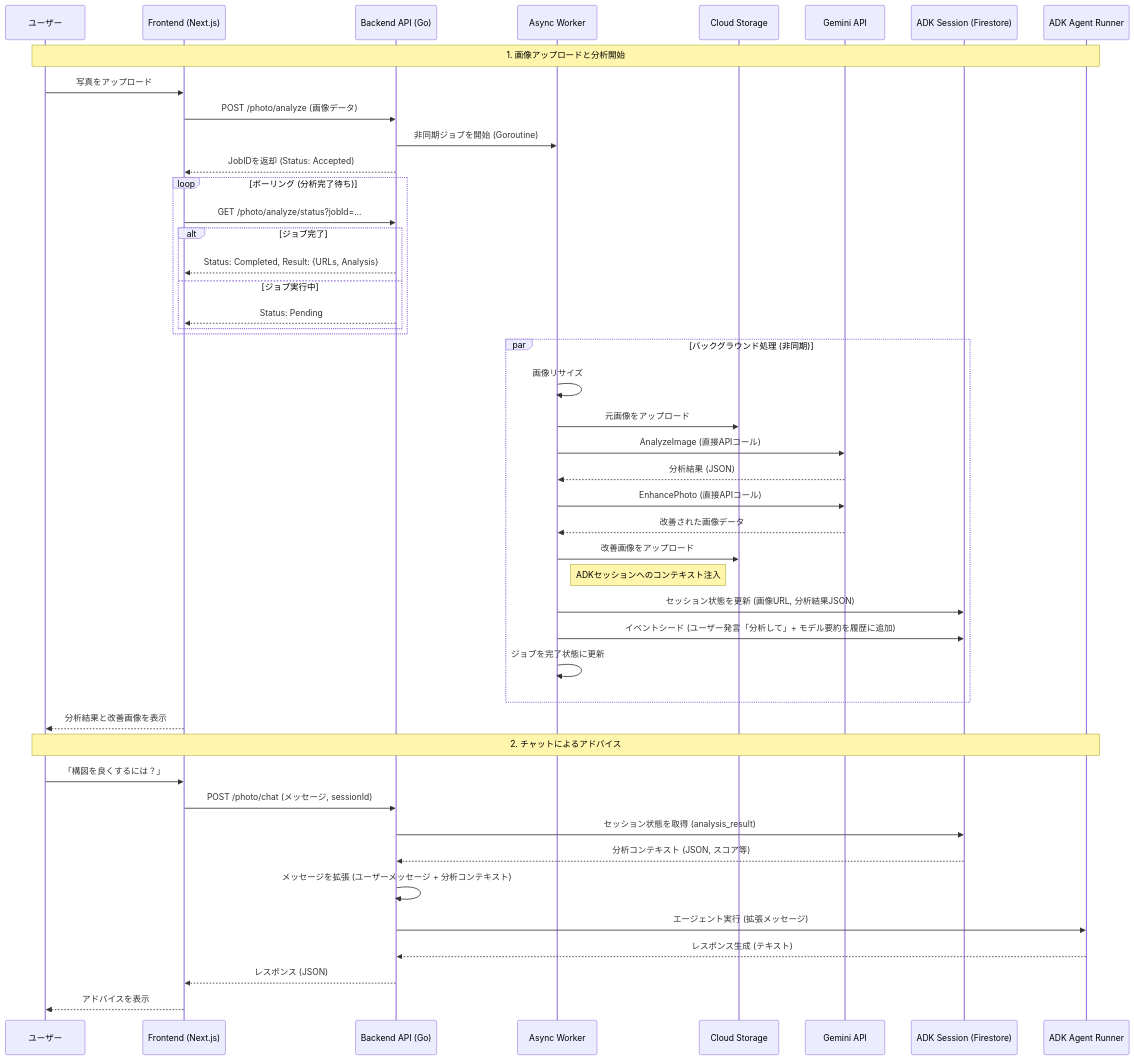
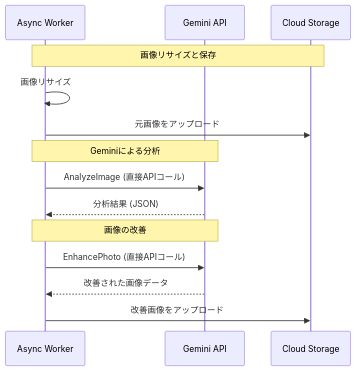
One commit to matsuvr/photo_levelup_agent changed the second of 7 diagrams in docs/processing_flow.md. Above: the diagram before and after it, drawn with Mermaid. The commit also changed other lines of this file and 4 other files, not shown here.

Commit message:
docs: Add new processing flow and system architecture diagrams and update frontend and backend service configurations.

````diff
--- a/docs/processing_flow.md
+++ b/docs/processing_flow.md
@@ -7,59 +27,19 @@
 ```mermaid
 sequenceDiagram
-    participant User as ユーザー
-    participant FE as Frontend (Next.js)
-    participant API as Backend API (Go)
     participant Worker as Async Worker
+    participant Gemini as Gemini API
     participant GCS as Cloud Storage
-    participant Gemini as Gemini API
-    participant ADK as ADK Session (Firestore)
-    participant Agent as ADK Agent Runner
 
-    Note over User, Agent: 1. 画像アップロードと分析開始
-    User->>FE: 写真をアップロード
-    FE->>API: POST /photo/analyze (画像データ)
-    API->>Worker: 非同期ジョブを開始 (Goroutine)
-    API-->>FE: JobIDを返却 (Status: Accepted)
+    Note over Worker, GCS: 画像リサイズと保存
+    Worker->>Worker: 画像リサイズ
+    Worker->>GCS: 元画像をアップロード
 
-    loop ポーリング (分析完了待ち)
-        FE->>API: GET /photo/analyze/status?jobId=...
-        alt ジョブ完了
-            API-->>FE: Status: Completed, Result: {URLs, Analysis}
-        else ジョブ実行中
-            API-->>FE: Status: Pending
-        end
-    end
+    Note over Worker, Gemini: Geminiによる分析
+    Worker->>Gemini: AnalyzeImage (直接APIコール)
+    Gemini-->>Worker: 分析結果 (JSON)
 
-    par バックグラウンド処理 (非同期)
-        Worker->>Worker: 画像リサイズ
-        Worker->>GCS: 元画像をアップロード
-
-        Worker->>Gemini: AnalyzeImage (直接APIコール)
-        Gemini-->>Worker: 分析結果 (JSON)
-
-        Worker->>Gemini: EnhancePhoto (直接APIコール)
-        Gemini-->>Worker: 改善された画像データ
-        Worker->>GCS: 改善画像をアップロード
-
-        Note right of Worker: ADKセッションへのコンテキスト注入
-        Worker->>ADK: セッション状態を更新 (画像URL, 分析結果JSON)
-        Worker->>ADK: イベントシード (ユーザー発言「分析して」+ モデル要約を履歴に追加)
-        Worker->>Worker: ジョブを完了状態に更新
-    end
-
-    FE-->>User: 分析結果と改善画像を表示
-
-    Note over User, Agent: 2. チャットによるアドバイス
-    User->>FE: 「構図を良くするには？」
-    FE->>API: POST /photo/chat (メッセージ, sessionId)
-
-    API->>ADK: セッション状態を取得 (analysis_result)
-    ADK-->>API: 分析コンテキスト (JSON, スコア等)
-
-    API->>API: メッセージを拡張 (ユーザーメッセージ + 分析コンテキスト)
-
-    API->>Agent: エージェント実行 (拡張メッセージ)
-    Agent-->>API: レスポンス生成 (テキスト)
-    API-->>FE: レスポンス (JSON)
-    FE-->>User: アドバイスを表示
+    Note over Worker, Gemini: 画像の改善
+    Worker->>Gemini: EnhancePhoto (直接APIコール)
+    Gemini-->>Worker: 改善された画像データ
+    Worker->>GCS: 改善画像をアップロード
 ```
````
